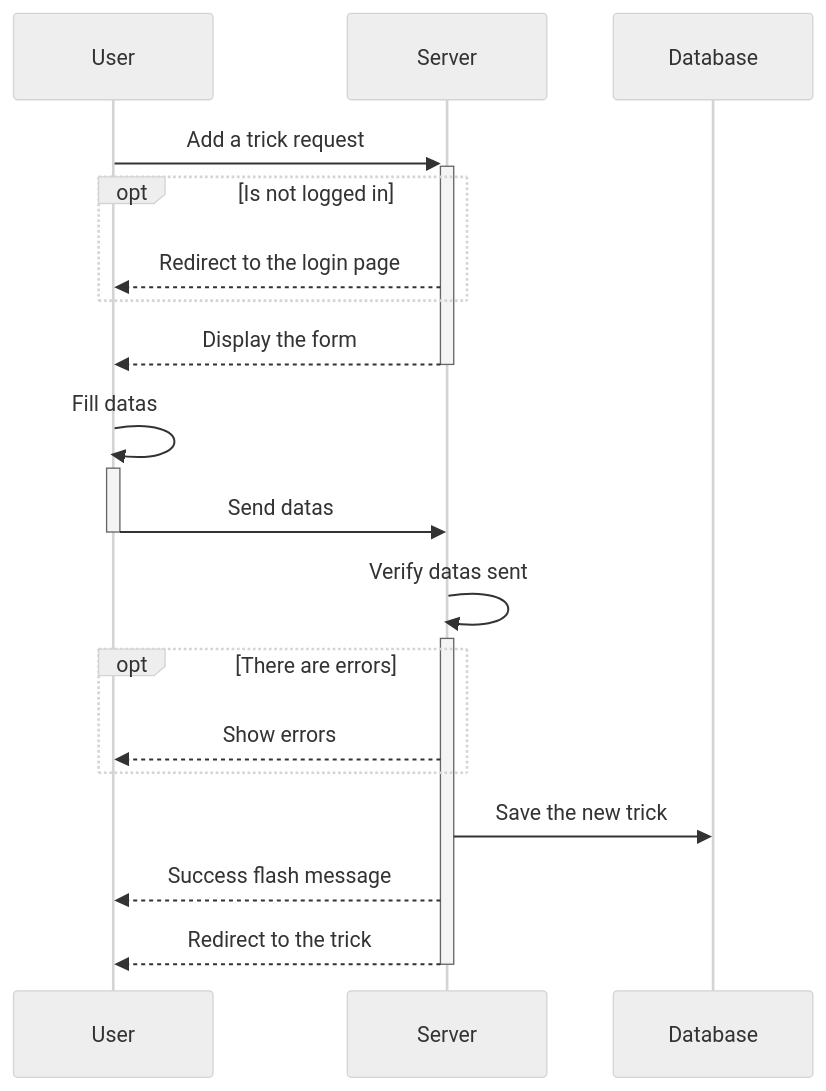
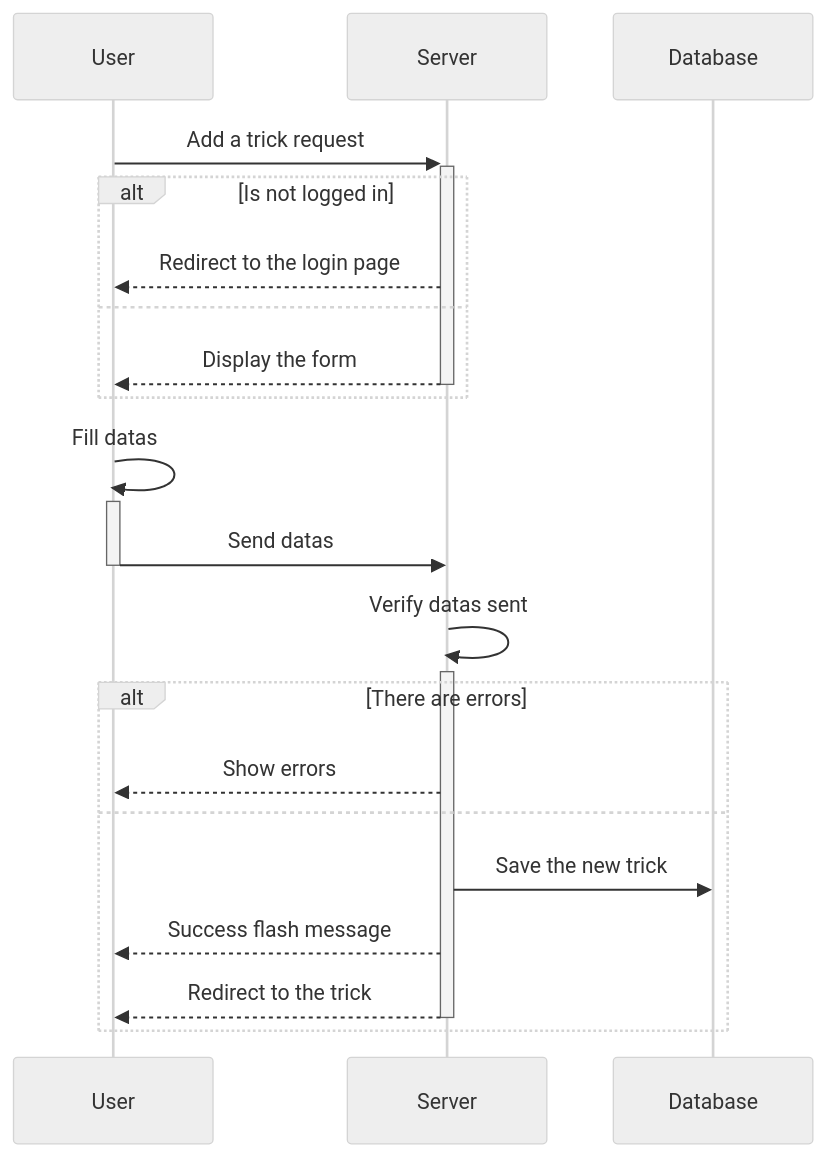
One commit to acecconato/AnthonyCecconato_6_01102022 changed the diagram in docs/sequence/snowtricks/add_trick.md. Above: the diagram before and after it, drawn with Mermaid (neutral theme). The commit also changed 15 other files, not shown here.

Commit message:
Update diagrams

````diff
--- a/docs/sequence/snowtricks/add_trick.md
+++ b/docs/sequence/snowtricks/add_trick.md
@@ -1,23 +1,23 @@
 ```mermaid 
 sequenceDiagram
-    User ->>+Server: Add a trick request
+    User ->>+ Server: Add a trick request
     
-    opt Is not logged in 
+    alt Is not logged in 
         Server -->> User: Redirect to the login page
+    else
+        Server -->>-User: Display the form
     end
     
-    Server -->>-User: Display the form
-
     User ->>+ User: Fill datas
-    User ->>-Server: Send datas
+    User ->>- Server: Send datas
 
     Server ->>+ Server: Verify datas sent
 
-    opt There are errors
+    alt There are errors
         Server -->> User: Show errors
+    else
+       Server ->> Database: Save the new trick
+        Server -->> User: Success flash message
+        Server -->>- User: Redirect to the trick 
     end
-
-    Server ->> Database: Save the new trick
-    Server -->> User: Success flash message
-    Server -->>- User: Redirect to the trick
 ```
````
